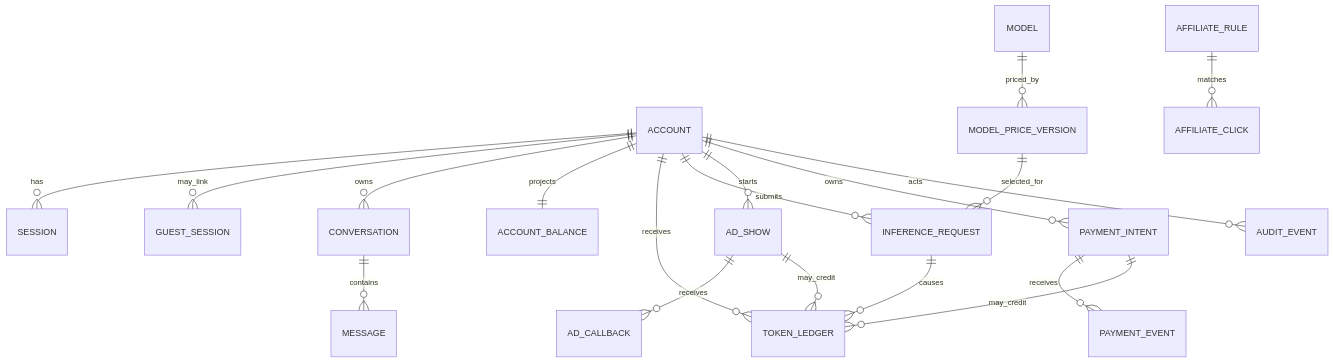
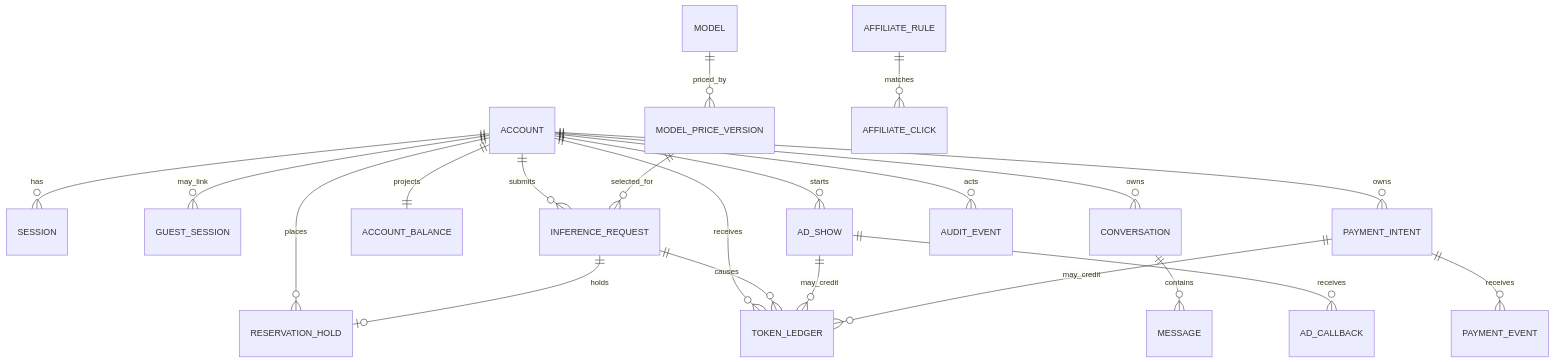
One commit to prabhurajvardhan/OpenFrontier changed the diagram in docs/database/data-model.md. Above: the diagram before and after it, drawn with Mermaid. The commit also changed other lines of this file and 4 other files, not shown here.

````diff
--- a/docs/database/data-model.md
+++ b/docs/database/data-model.md
@@ -39,21 +40,23 @@
 ```mermaid
 erDiagram
   ACCOUNT ||--o{ SESSION : has
   ACCOUNT ||--o{ GUEST_SESSION : may_link
   ACCOUNT ||--o{ CONVERSATION : owns
   CONVERSATION ||--o{ MESSAGE : contains
   ACCOUNT ||--|| ACCOUNT_BALANCE : projects
   ACCOUNT ||--o{ TOKEN_LEDGER : receives
+  ACCOUNT ||--o{ RESERVATION_HOLD : places
   ACCOUNT ||--o{ INFERENCE_REQUEST : submits
+  INFERENCE_REQUEST ||--o| RESERVATION_HOLD : holds
   INFERENCE_REQUEST ||--o{ TOKEN_LEDGER : causes
   MODEL ||--o{ MODEL_PRICE_VERSION : priced_by
   MODEL_PRICE_VERSION ||--o{ INFERENCE_REQUEST : selected_for
   ACCOUNT ||--o{ AD_SHOW : starts
   AD_SHOW ||--o{ AD_CALLBACK : receives
   AD_SHOW ||--o{ TOKEN_LEDGER : may_credit
   ACCOUNT ||--o{ PAYMENT_INTENT : owns
   PAYMENT_INTENT ||--o{ PAYMENT_EVENT : receives
   PAYMENT_INTENT ||--o{ TOKEN_LEDGER : may_credit
   AFFILIATE_RULE ||--o{ AFFILIATE_CLICK : matches
   ACCOUNT ||--o{ AUDIT_EVENT : acts
 ```
````
